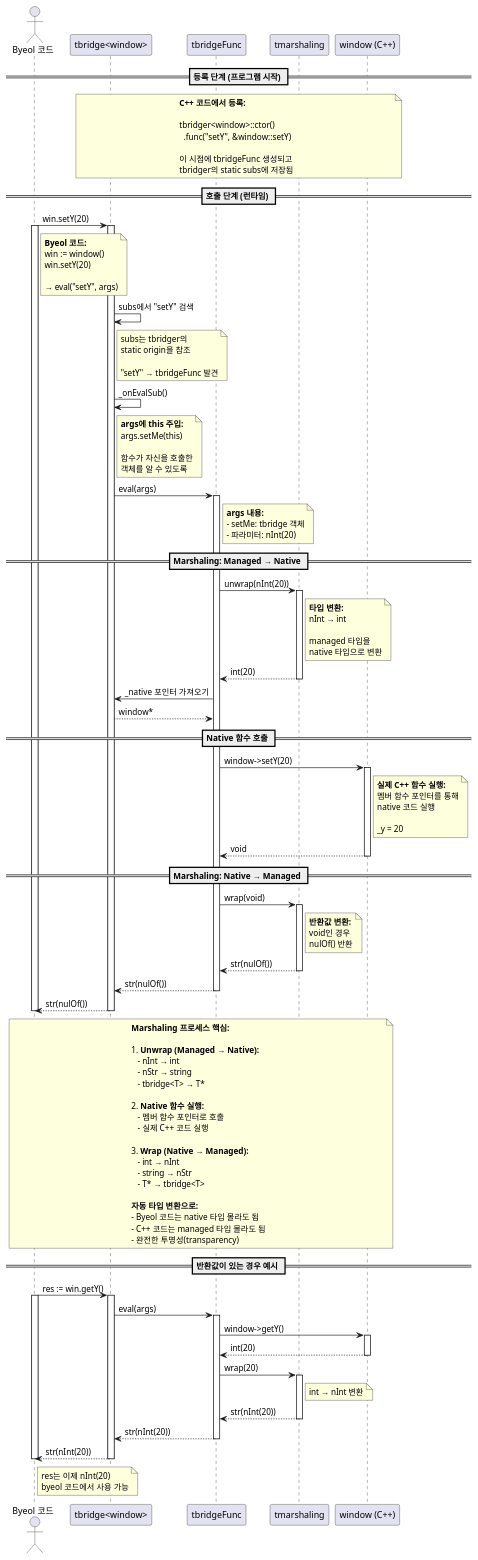
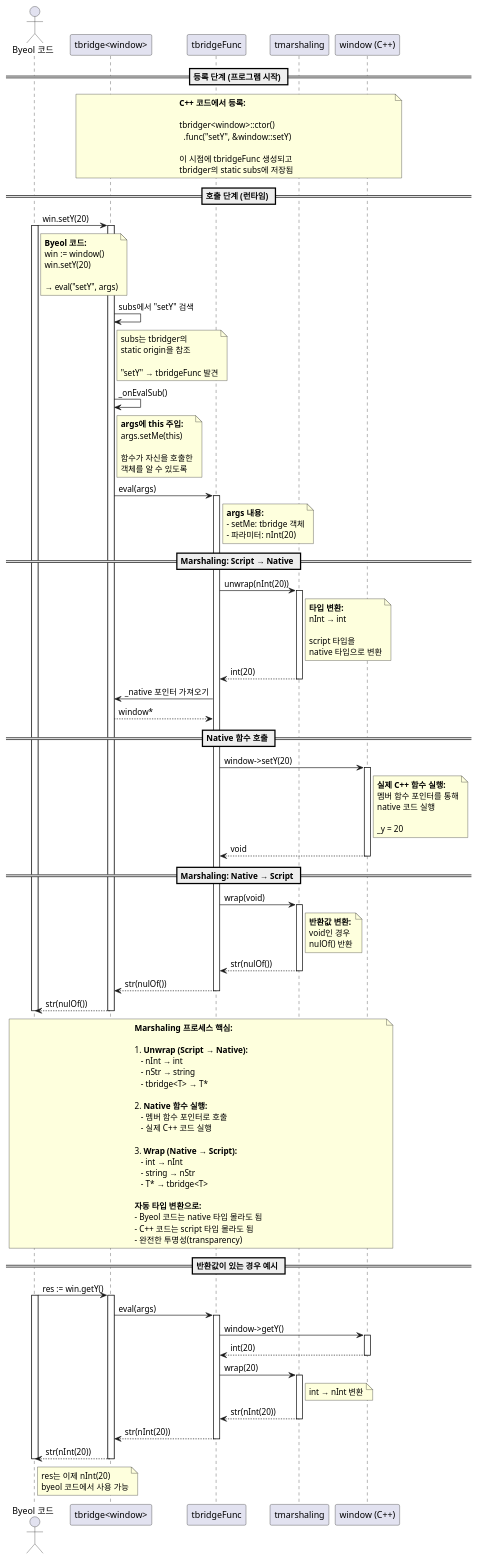
One commit to byeolang/byeol changed the tenth of 19 diagrams in doc/ref/ko/ai-architecture-core.md. Above: the diagram before and after it, drawn with PlantUML. The commit also changed other lines of this file, not shown here.

```diff
--- a/doc/ref/ko/ai-architecture-core.md
+++ b/doc/ref/ko/ai-architecture-core.md
@@ -2330,7 +2236,7 @@
   - 파라미터: nInt(20)
 end note
 
-== Marshaling: Managed → Native ==
+== Marshaling: Script → Native ==
 
 tbridgeFunc -> tmarshaling : unwrap(nInt(20))
 activate tmarshaling
@@ -2339,7 +2245,7 @@
   <b>타입 변환:</b>
   nInt → int
 
-  managed 타입을
+  script 타입을
   native 타입으로 변환
 end note
 
@@ -2365,7 +2271,7 @@
 window --> tbridgeFunc : void
 deactivate window
 
-== Marshaling: Native → Managed ==
+== Marshaling: Native → Script ==
 
 tbridgeFunc -> tmarshaling : wrap(void)
 activate tmarshaling
@@ -2389,7 +2295,7 @@
 note over byeol, window
   <b>Marshaling 프로세스 핵심:</b>
 
-  1. <b>Unwrap (Managed → Native):</b>
+  1. <b>Unwrap (Script → Native):</b>
      - nInt → int
      - nStr → string
      - tbridge<T> → T*
@@ -2398,14 +2304,14 @@
      - 멤버 함수 포인터로 호출
      - 실제 C++ 코드 실행
 
-  3. <b>Wrap (Native → Managed):</b>
+  3. <b>Wrap (Native → Script):</b>
      - int → nInt
      - string → nStr
      - T* → tbridge<T>
 
   <b>자동 타입 변환으로:</b>
   - Byeol 코드는 native 타입 몰라도 됨
-  - C++ 코드는 managed 타입 몰라도 됨
+  - C++ 코드는 script 타입 몰라도 됨
   - 완전한 투명성(transparency)
 end note
 
```
